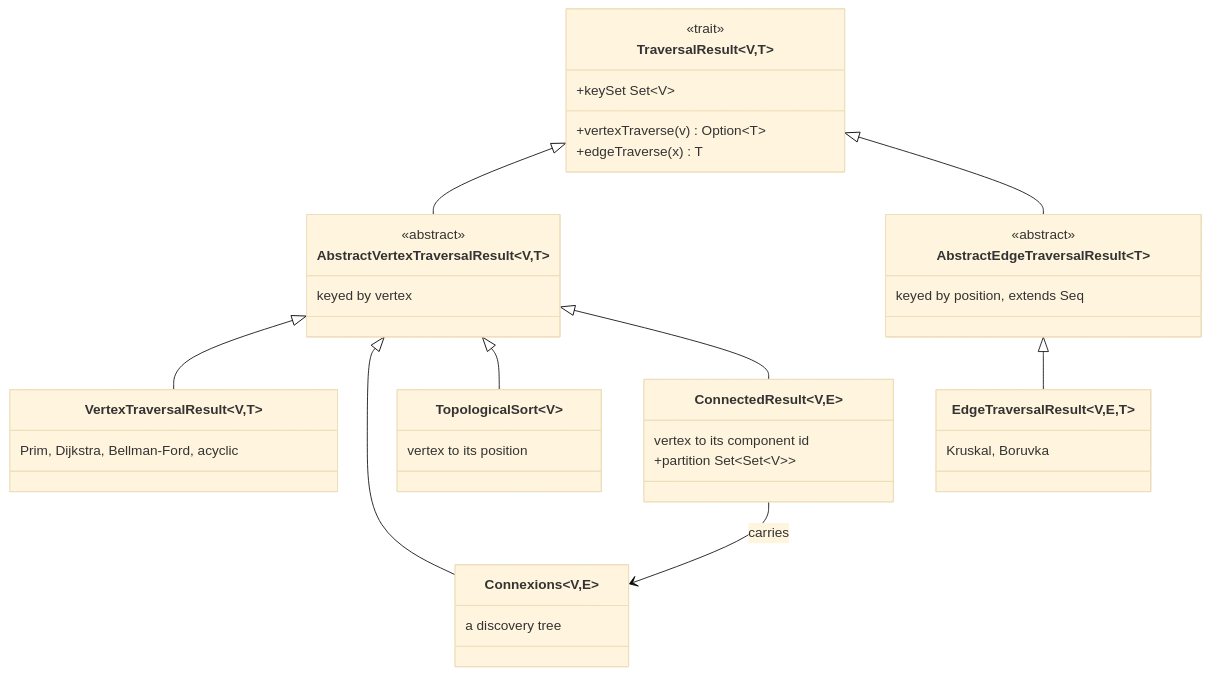
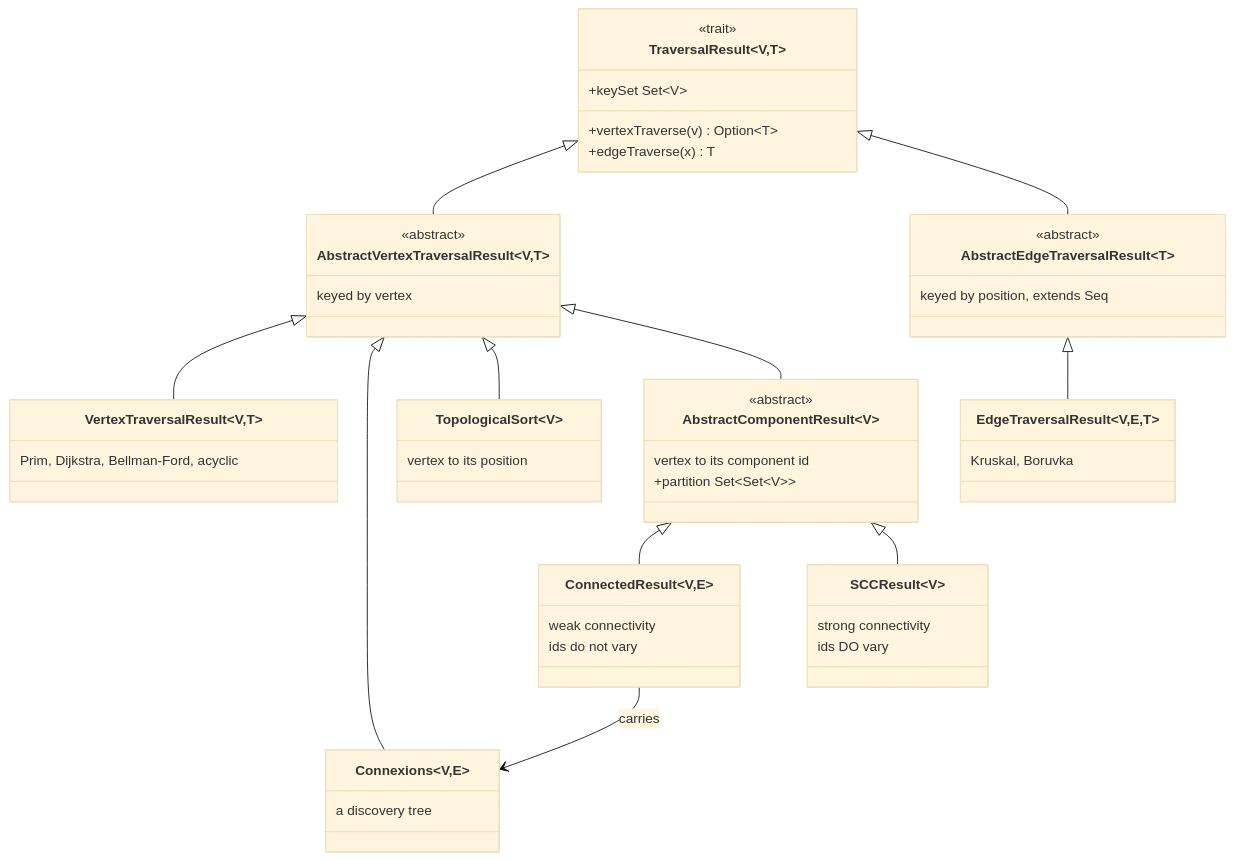
Before and after one commit to rchillyard/Gryphon: the third of 3 diagrams in README.md, drawn with Mermaid (base theme). The commit also changed other lines of this file and 9 other files, not shown here.

First line of the commit message:
A shared result type for the two component algorithms

````diff
--- a/README.md
+++ b/README.md
@@ -847,41 +847,52 @@
 ```mermaid
 classDiagram
     class TraversalResult~V,T~ {
         <<trait>>
         +keySet Set~V~
         +vertexTraverse(v) Option~T~
         +edgeTraverse(x) T
     }
     class AbstractVertexTraversalResult~V,T~ {
         <<abstract>>
         keyed by vertex
     }
     class AbstractEdgeTraversalResult~T~ {
         <<abstract>>
         keyed by position, extends Seq
     }
     class VertexTraversalResult~V,T~ {
         Prim, Dijkstra, Bellman-Ford, acyclic
     }
     class Connexions~V,E~ {
         a discovery tree
     }
     class TopologicalSort~V~ {
         vertex to its position
     }
-    class ConnectedResult~V,E~ {
+    class AbstractComponentResult~V~ {
+        <<abstract>>
         vertex to its component id
         +partition Set~Set~V~~
+    }
+    class ConnectedResult~V,E~ {
+        weak connectivity
+        ids do not vary
+    }
+    class SCCResult~V~ {
+        strong connectivity
+        ids DO vary
     }
     class EdgeTraversalResult~V,E,T~ {
         Kruskal, Boruvka
     }
     TraversalResult <|-- AbstractVertexTraversalResult
     TraversalResult <|-- AbstractEdgeTraversalResult
     AbstractVertexTraversalResult <|-- VertexTraversalResult
     AbstractVertexTraversalResult <|-- Connexions
     AbstractVertexTraversalResult <|-- TopologicalSort
-    AbstractVertexTraversalResult <|-- ConnectedResult
+    AbstractVertexTraversalResult <|-- AbstractComponentResult
+    AbstractComponentResult <|-- ConnectedResult
+    AbstractComponentResult <|-- SCCResult
     AbstractEdgeTraversalResult <|-- EdgeTraversalResult
     ConnectedResult --> Connexions : carries
 ```
````
